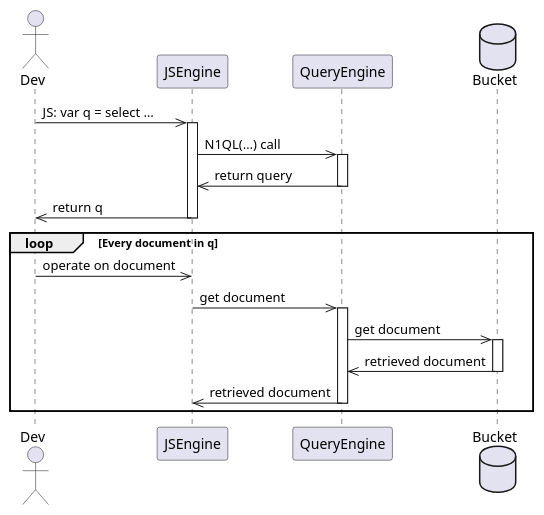
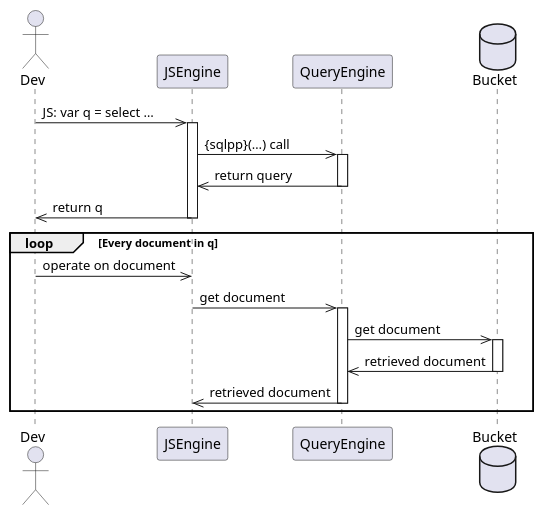
One commit to couchbase/docs-server changed the first of 3 diagrams in modules/javascript-udfs/partials/diagrams.adoc. Above: the diagram before and after it, drawn with PlantUML. The commit also changed other lines of this file and 11 other files, not shown here.

```diff
--- a/modules/javascript-udfs/partials/diagrams.adoc
+++ b/modules/javascript-udfs/partials/diagrams.adoc
@@ -6,27 +6,27 @@
-[plantuml]
+[plantuml, subs=attributes]
 ....
 @startuml
  
  actor Dev
  participant JSEngine
  participant QueryEngine
  database Bucket
  
  Dev ->> JSEngine: JS: var q = select …
  activate JSEngine
- JSEngine ->> QueryEngine : N1QL(…) call
+ JSEngine ->> QueryEngine : {sqlpp}(…) call
  activate QueryEngine
  QueryEngine ->> JSEngine  : return query
  deactivate QueryEngine
  JSEngine ->> Dev : return q
  deactivate JSEngine
 
     loop Every document in q
       Dev ->> JSEngine   : operate on document
       JSEngine ->> QueryEngine ++ : get document
       QueryEngine ->> Bucket ++ : get document
       Bucket ->> QueryEngine -- : retrieved document
       QueryEngine ->> JSEngine -- : retrieved document
     end
 @enduml
 ....
```
